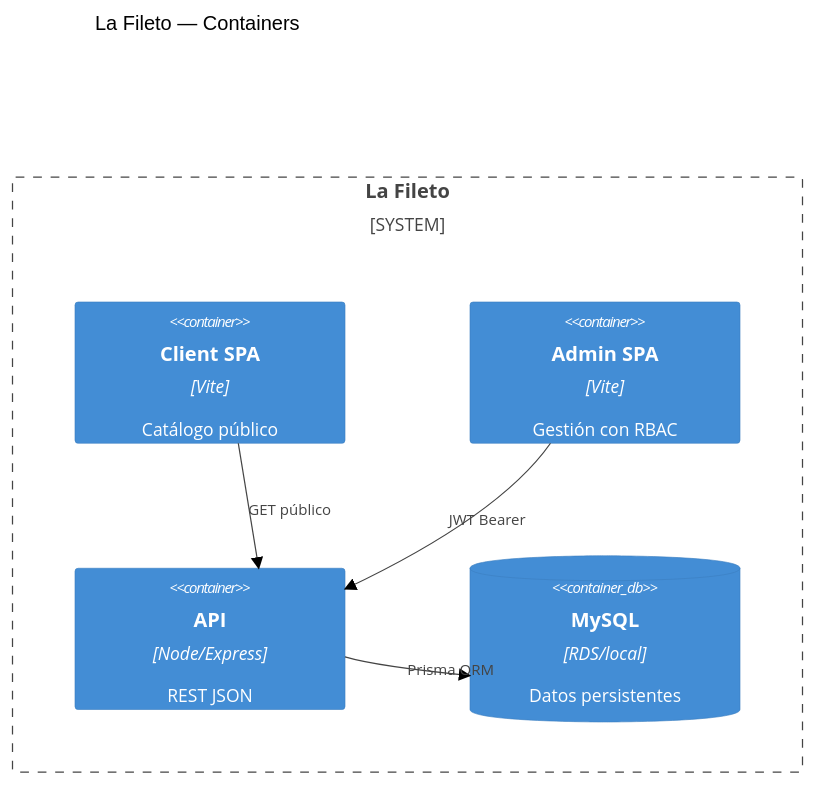
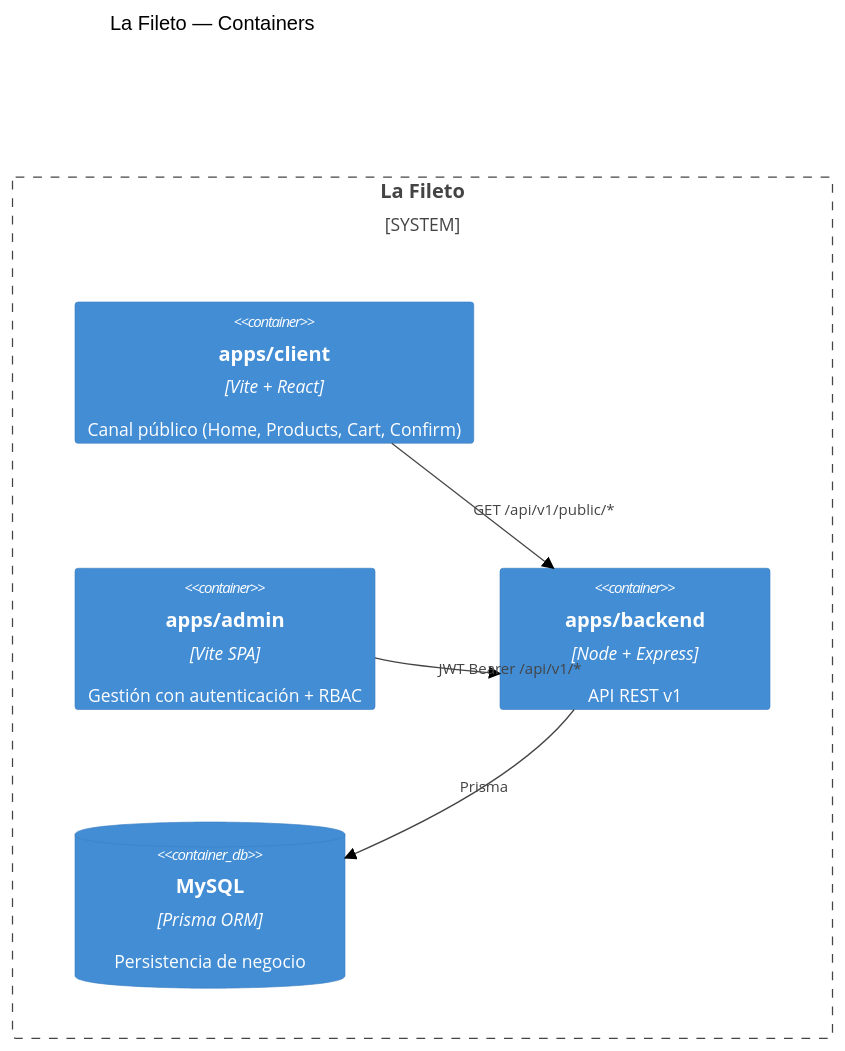
One commit to EMA1322/lafileto-monorepo changed the diagram in docs/03-arquitectura/c4-containers.mmd. Above: the diagram before and after it, drawn with Mermaid (forest theme). The commit also changed other lines of this file and 11 other files, not shown here.

````diff
--- a/docs/03-arquitectura/c4-containers.mmd
+++ b/docs/03-arquitectura/c4-containers.mmd
@@ -1,13 +1,13 @@
 ```mermaid
 C4Container
 title La Fileto — Containers
 System_Boundary(sys, "La Fileto") {
-  Container(client, "Client SPA", "Vite", "Catálogo público")
-  Container(admin, "Admin SPA", "Vite", "Gestión con RBAC")
-  Container(api, "API", "Node/Express", "REST JSON")
-  ContainerDb(db, "MySQL", "RDS/local", "Datos persistentes")
+  Container(client, "apps/client", "Vite + React", "Canal público (Home, Products, Cart, Confirm)")
+  Container(admin, "apps/admin", "Vite SPA", "Gestión con autenticación + RBAC")
+  Container(api, "apps/backend", "Node + Express", "API REST v1")
+  ContainerDb(db, "MySQL", "Prisma ORM", "Persistencia de negocio")
 }
-Rel(client, api, "GET público")
-Rel(admin, api, "JWT Bearer")
-Rel(api, db, "Prisma ORM")
+Rel(client, api, "GET /api/v1/public/*")
+Rel(admin, api, "JWT Bearer /api/v1/*")
+Rel(api, db, "Prisma")
 ```
````
